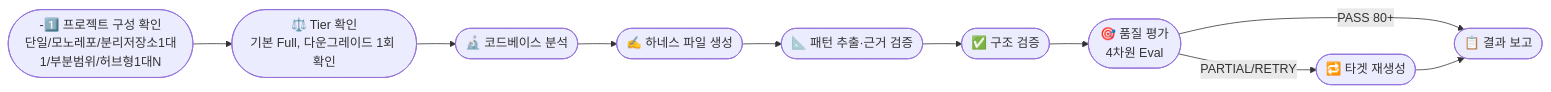
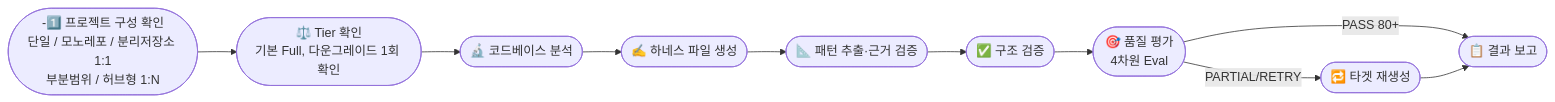
One commit to Malburi/AX-NAVI changed the first of 3 diagrams in README.md. Above: the diagram before and after it, drawn with Mermaid. The commit also changed other lines of this file and 1 other file, not shown here.

````diff
--- a/README.md
+++ b/README.md
@@ -122,12 +148,12 @@
 ```mermaid
 flowchart LR
-    S([-1️⃣ 프로젝트 구성 확인\n단일/모노레포/분리저장소1대1/부분범위/허브형1대N]) --> A
-    A([⚖️ Tier 확인\n기본 Full, 다운그레이드 1회 확인]) --> C([🔬 코드베이스 분석])
-    C --> D([✍️ 하네스 파일 생성])
-    D --> P([📐 패턴 추출·근거 검증])
-    P --> E([✅ 구조 검증])
-    E --> G([🎯 품질 평가\n4차원 Eval])
-    G -->|PASS 80+| F([📋 결과 보고])
-    G -->|PARTIAL/RETRY| H([🔁 타겟 재생성])
+    S(["-1️⃣ 프로젝트 구성 확인<br/>단일 / 모노레포 / 분리저장소 1:1<br/>부분범위 / 허브형 1:N"]) --> A
+    A(["⚖️ Tier 확인<br/>기본 Full, 다운그레이드 1회 확인"]) --> C(["🔬 코드베이스 분석"])
+    C --> D(["✍️ 하네스 파일 생성"])
+    D --> P(["📐 패턴 추출·근거 검증"])
+    P --> E(["✅ 구조 검증"])
+    E --> G(["🎯 품질 평가<br/>4차원 Eval"])
+    G -->|PASS 80+| F(["📋 결과 보고"])
+    G -->|PARTIAL/RETRY| H(["🔁 타겟 재생성"])
     H --> F
 ```
````
